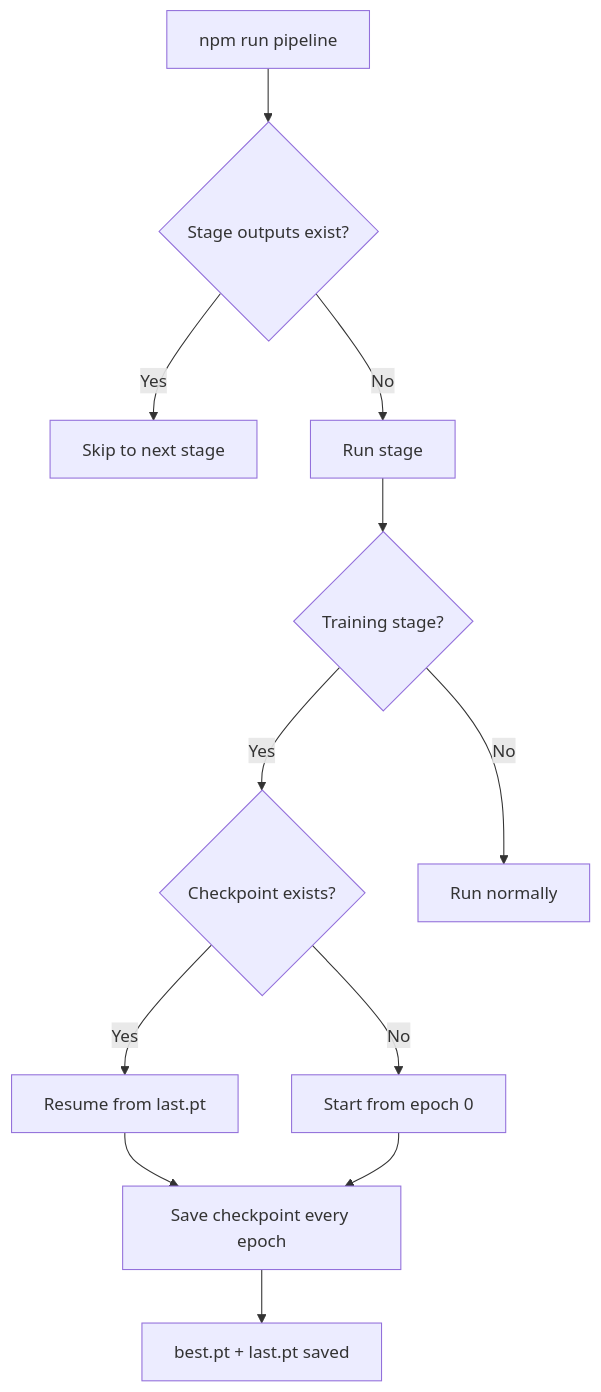
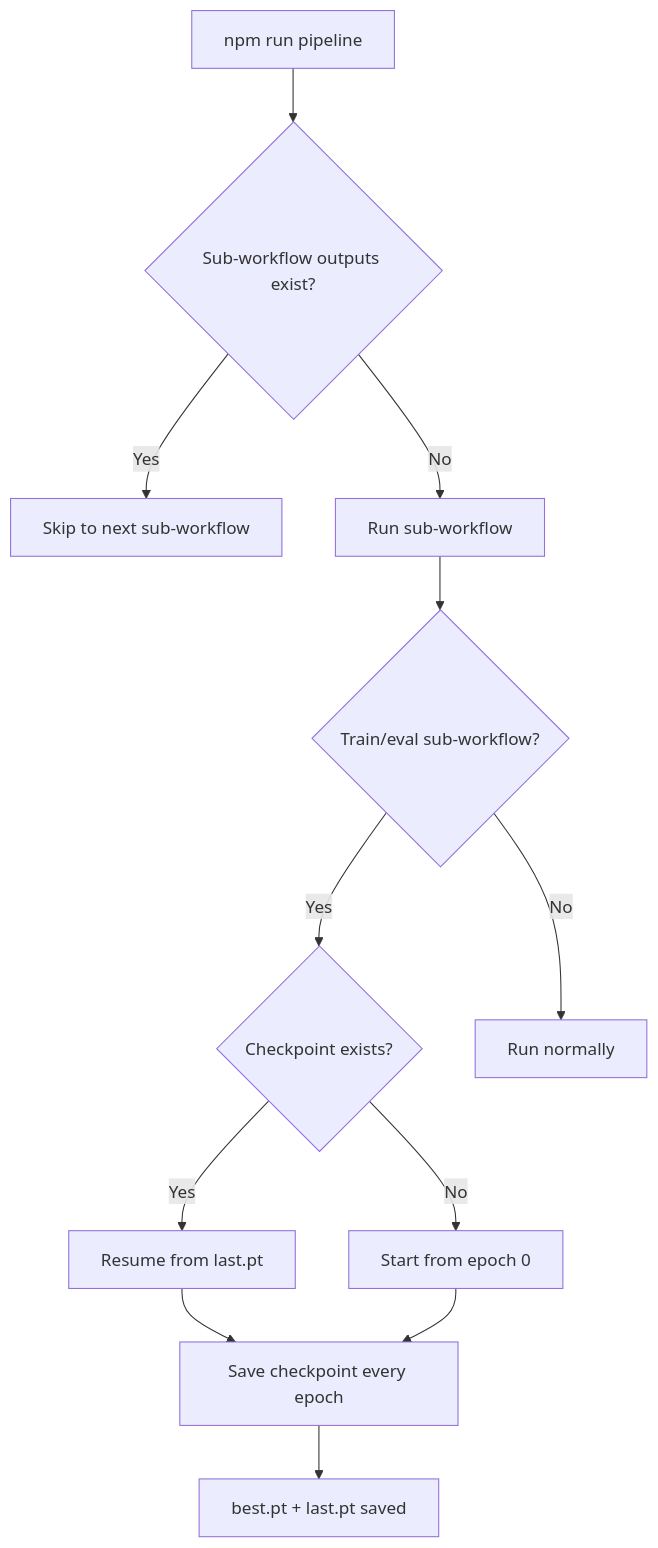
The second of 2 diagrams in PyTorch_Project_Structure.md (javakishore-veleti/Threat-Detection-Model-DeepLearning), drawn with Mermaid before and after one commit. The commit also changed other lines of this file and 18 other files, not shown here.

````diff
--- a/PyTorch_Project_Structure.md
+++ b/PyTorch_Project_Structure.md
@@ -314,14 +266,14 @@
 ```mermaid
 flowchart TD
-    A["npm run pipeline"] --> B{Stage outputs exist?}
-    B -->|Yes| C[Skip to next stage]
-    B -->|No| D[Run stage]
-    D --> E{Training stage?}
+    A["npm run pipeline"] --> B{Sub-workflow outputs exist?}
+    B -->|Yes| C[Skip to next sub-workflow]
+    B -->|No| D[Run sub-workflow]
+    D --> E{Train/eval sub-workflow?}
     E -->|Yes| F{Checkpoint exists?}
     F -->|Yes| G["Resume from last.pt"]
     F -->|No| H[Start from epoch 0]
     E -->|No| I[Run normally]
     G --> J["Save checkpoint every epoch"]
     H --> J
     J --> K["best.pt + last.pt saved"]
 ```
````
